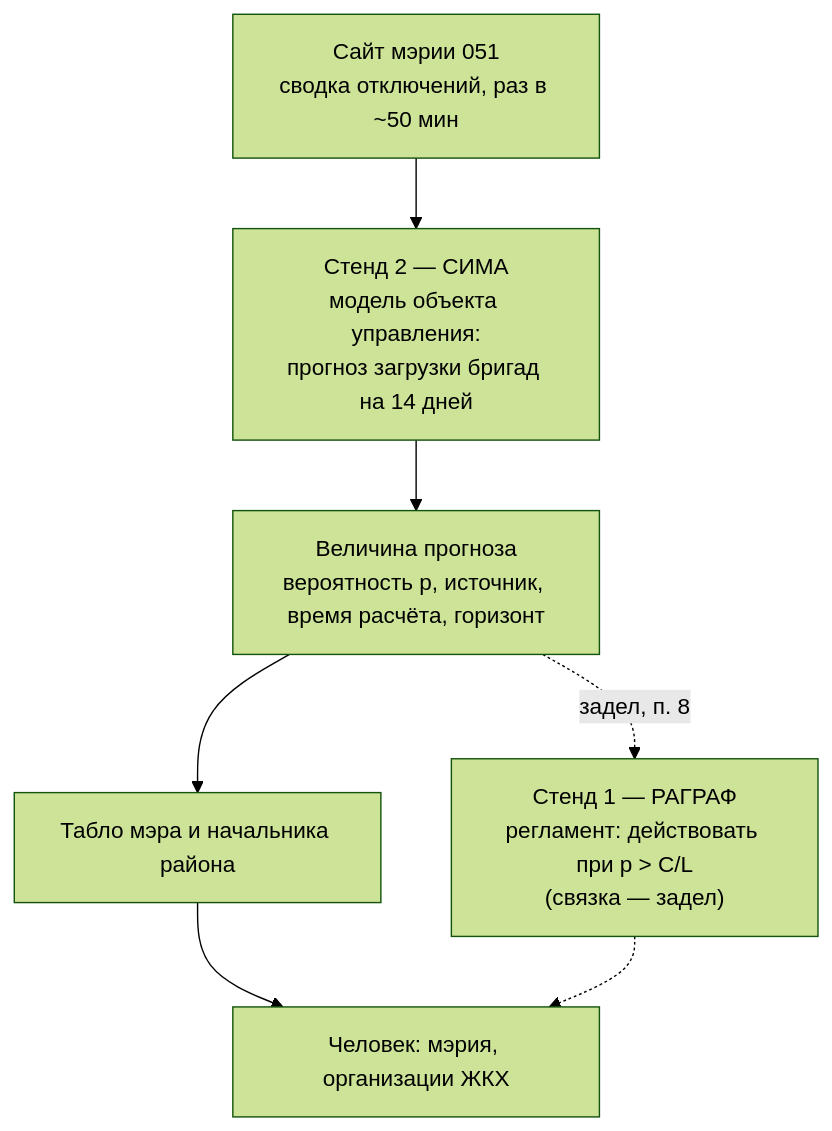
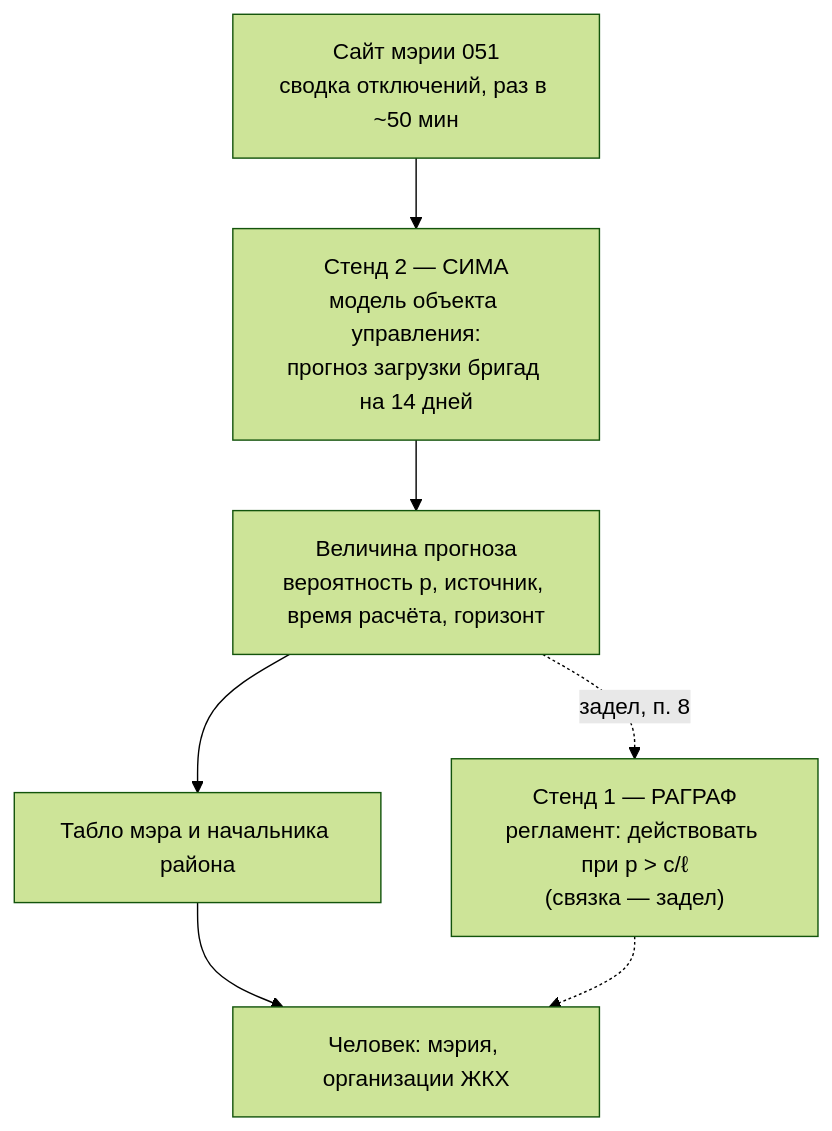
The first of 2 diagrams in docs/NIR-SIMA-PROGNOZ-BRIGAD-2026.md (Barbashin1970/NSK_OpenData_Bot), drawn with Mermaid (forest theme) before and after one commit. The commit also changed other lines of this file, not shown here.

````diff
--- a/docs/NIR-SIMA-PROGNOZ-BRIGAD-2026.md
+++ b/docs/NIR-SIMA-PROGNOZ-BRIGAD-2026.md
@@ -293,12 +338,12 @@
 ```mermaid
 flowchart TB
     Site["Сайт мэрии 051<br/>сводка отключений, раз в ~50 мин"]
     SIMA["Стенд 2 — СИМА<br/>модель объекта управления:<br/>прогноз загрузки бригад на 14 дней"]
     Value["Величина прогноза<br/>вероятность p, источник, время расчёта, горизонт"]
     Board["Табло мэра и начальника района"]
-    RAGRAF["Стенд 1 — РАГРАФ<br/>регламент: действовать при p > C/L<br/>(связка — задел)"]
+    RAGRAF["Стенд 1 — РАГРАФ<br/>регламент: действовать при p > c/ℓ<br/>(связка — задел)"]
     Person["Человек: мэрия, организации ЖКХ"]
     Site --> SIMA --> Value
     Value --> Board --> Person
     Value -.->|"задел, п. 8"| RAGRAF -.-> Person
 ```
````
